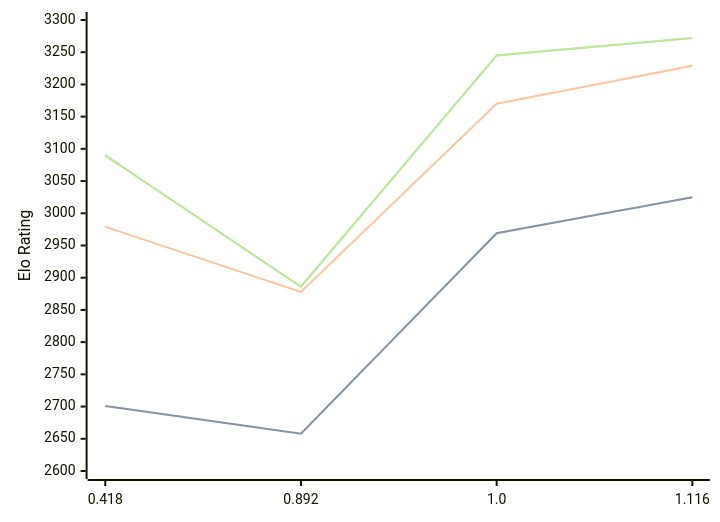
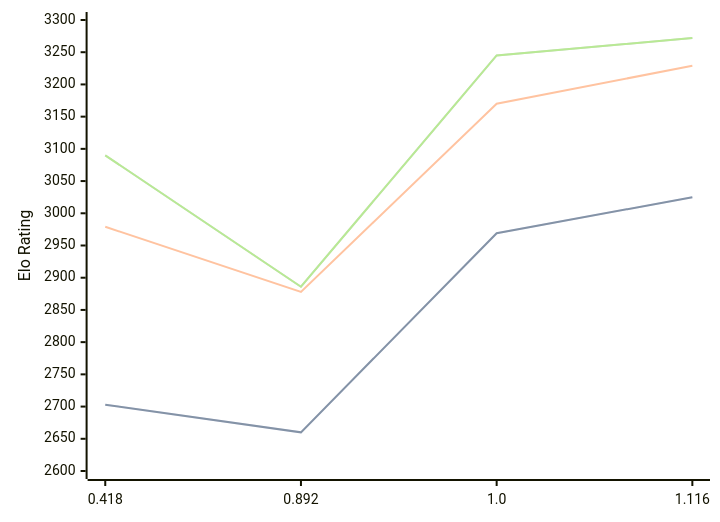
The diagram in engines/Malika.md (computer-chess-index/cci), drawn with Mermaid before and after one commit. The commit also changed other lines of this file, not shown here.

````diff
--- a/engines/Malika.md
+++ b/engines/Malika.md
@@ -34,11 +34,11 @@
 ```mermaid
 %%{init: {"theme":"base","themeVariables":{"seriesColors:['#a3a3a3','#222221','#faa371']}}}%%
 xychart-beta
   x-axis ["0.418", "0.892", "1.0", "1.116"]
   y-axis "Elo Rating" 2600 --> 3300
-  line "STC (8.0+0.08s)" [2701, 2658, 2969, 3025]
-  line "STC (8.0+0.08s)" [2701, 2658, 2969, 3025]
+  line "STC (8.0+0.08s)" [2703, 2660, 2969, 3025]
+  line "STC (8.0+0.08s)" [2703, 2660, 2969, 3025]
   line "LTC (60.0+0.60s)" [2979, 2878, 3170, 3229]
   line "VLTC (2m24s+1.12s)" [3090, 2886, 3245, 3272]
   line "VLTC (2m24s+1.12s)" [3090, 2886, 3245, 3272]
 ```
````
